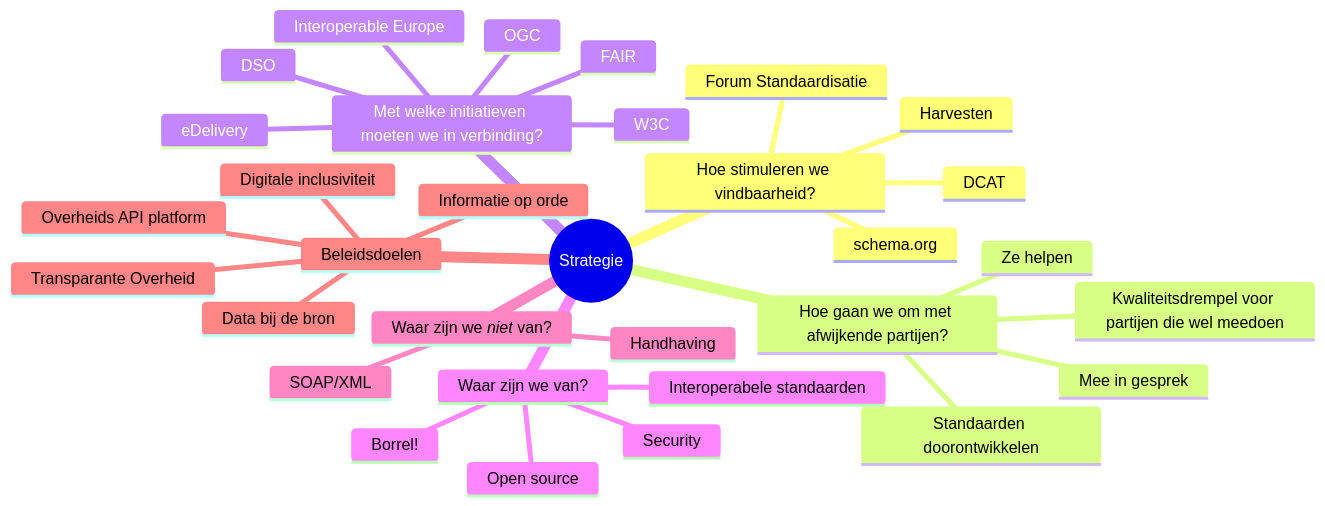
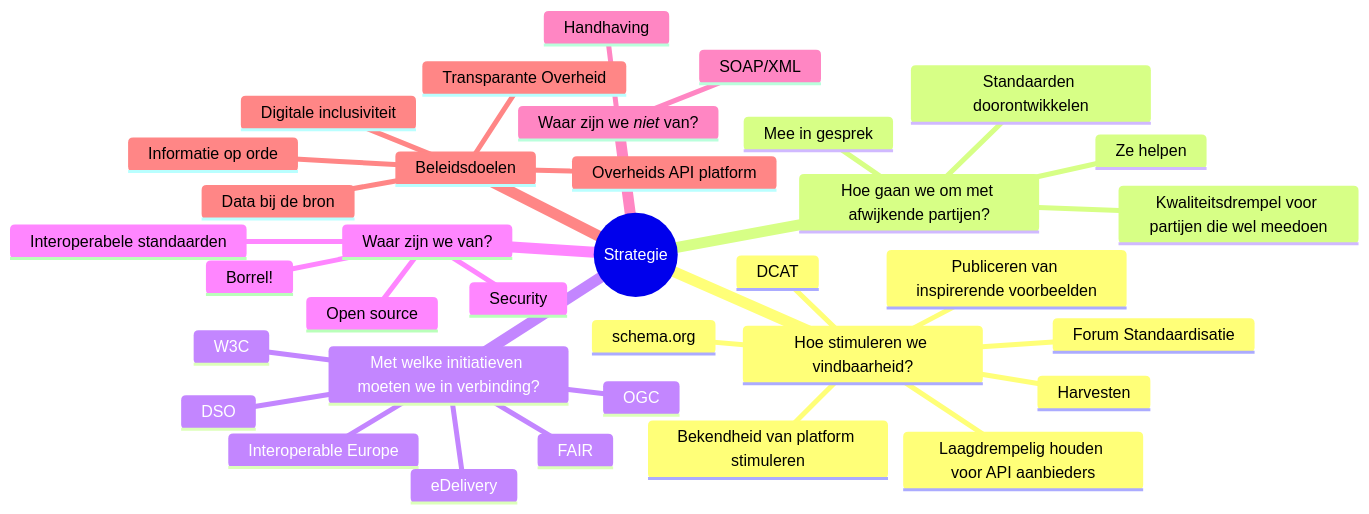
One commit to Geonovum/KP-APIs changed the diagram in overleggen/Werkgroep API strategie en beleid/Gebruikerswensen/mindmap.md. Above: the diagram before and after it, drawn with Mermaid.

````diff
--- a/overleggen/Werkgroep API strategie en beleid/Gebruikerswensen/mindmap.md
+++ b/overleggen/Werkgroep API strategie en beleid/Gebruikerswensen/mindmap.md
@@ -4,35 +4,38 @@
 ```mermaid
 mindmap
   root((Strategie))
     Hoe stimuleren we vindbaarheid?
+      Bekendheid van platform stimuleren
       DCAT
       Forum Standaardisatie
       Harvesten
+      Laagdrempelig houden voor API aanbieders
+      Publiceren van inspirerende voorbeelden
       schema.org
     Hoe gaan we om met afwijkende partijen?
       Kwaliteitsdrempel voor partijen die wel meedoen
       Mee in gesprek
       Standaarden doorontwikkelen
       Ze helpen
     Met welke initiatieven moeten we in verbinding?
       DSO
       eDelivery
       FAIR
       Interoperable Europe
       OGC
       W3C
     Waar zijn we van?
       Borrel!
       Interoperabele standaarden
       Open source
       Security
     Waar zijn we *niet* van?
       SOAP/XML
       Handhaving
     Beleidsdoelen
       Data bij de bron
       Digitale inclusiviteit
       Informatie op orde
       Overheids API platform
       Transparante Overheid
 ```
````
